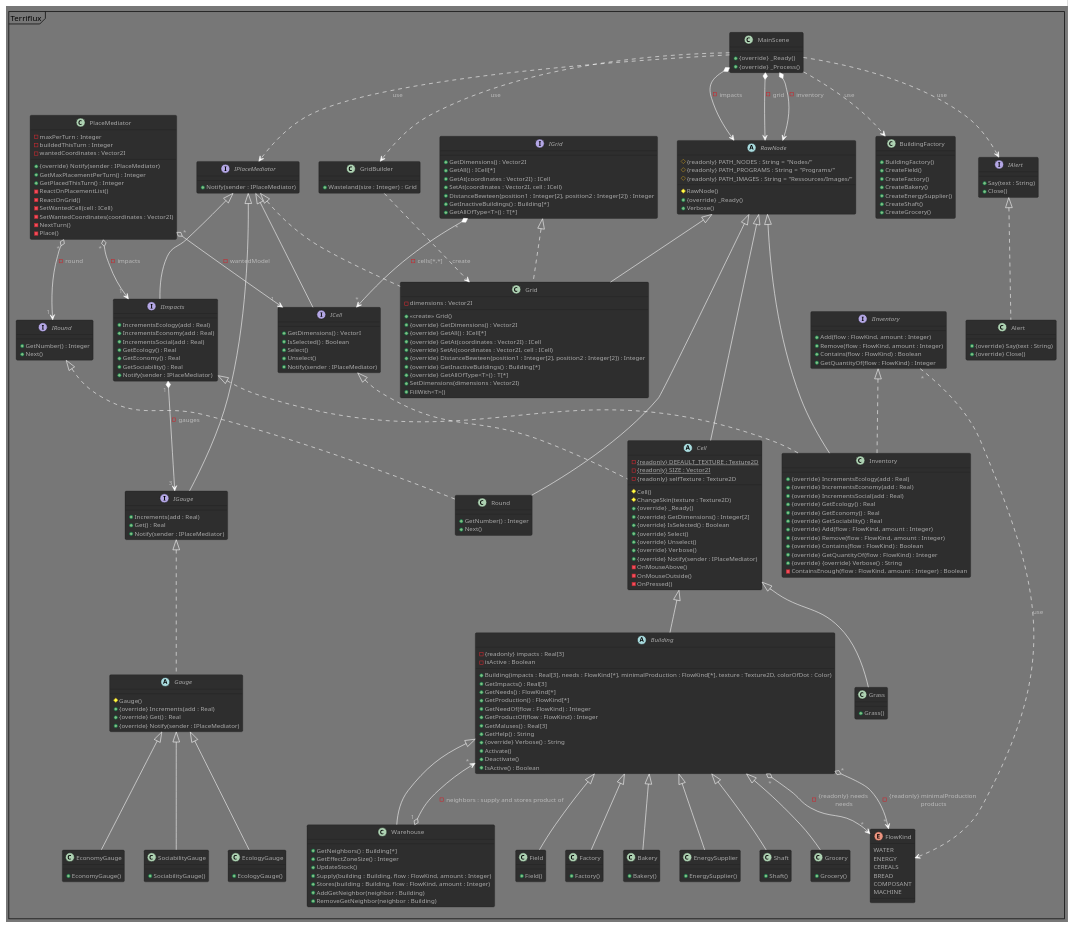
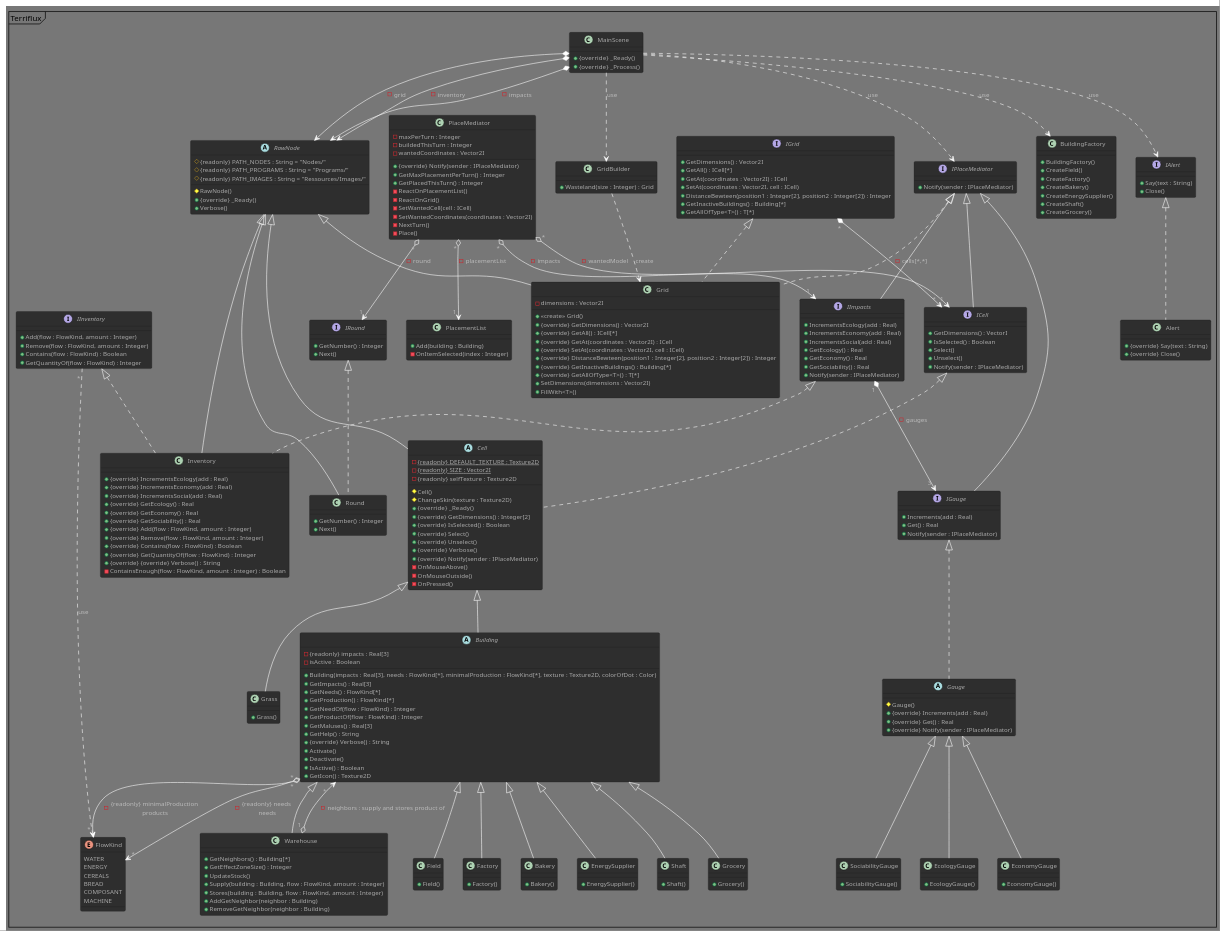
One commit to Spidermatou/Terriflux changed the diagram in Terriflux.puml. Above: the diagram before and after it, drawn with PlantUML. The commit also changed 5 other files, not shown here.

Commit message:
Add PlacementList

```diff
--- a/Terriflux.puml
+++ b/Terriflux.puml
@@ -76,6 +76,7 @@
     + Activate()        /' call by Warehouse '/
     + Deactivate()      /' call by Warehouse '/
     + IsActive() : Boolean /' call by Grid '/
+    + GetIcon() : Texture2D
 }
 /' needs & minimalProduction = (FlowKind, Integer)[*] '/
 Building" * " o--> " * "FlowKind : - {readonly} needs \n needs      
@@ -215,6 +216,12 @@
 PlaceMediator" * " o--> " 1 "ICell : - wantedModel 
 PlaceMediator" * " o--> " 1 "IImpacts : - impacts 
 PlaceMediator" * " o--> " 1 "IRound : - round 
+PlaceMediator" * " o--> " 1 "PlacementList : - placementList 
+class PlacementList   /' extends Godot ItemList '/
+{ 
+    + Add(building : Building)
+    - OnItemSelected(index : Integer)
+}
 
 /' INVENTORY & IMPACTS '/
 interface IGauge implements IPlaceMediator
```
